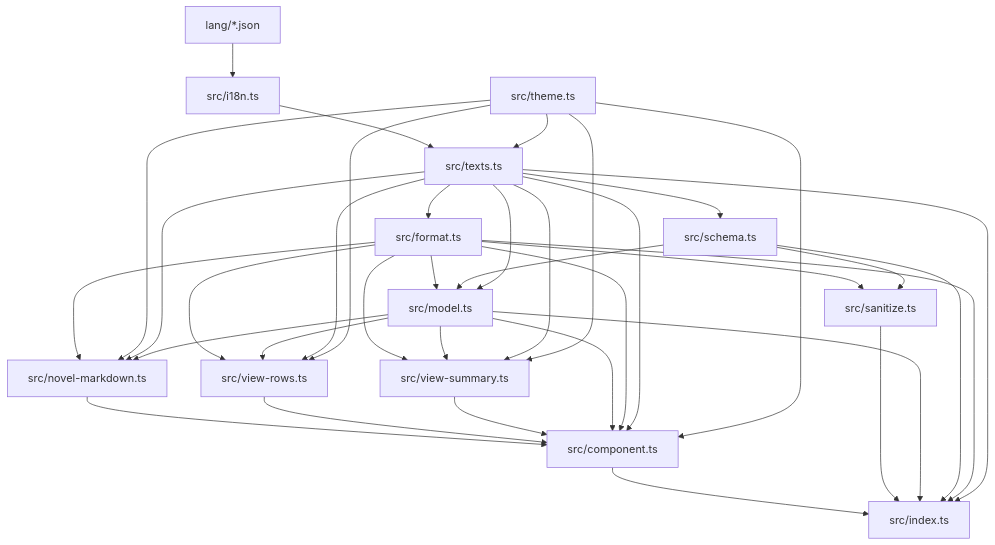
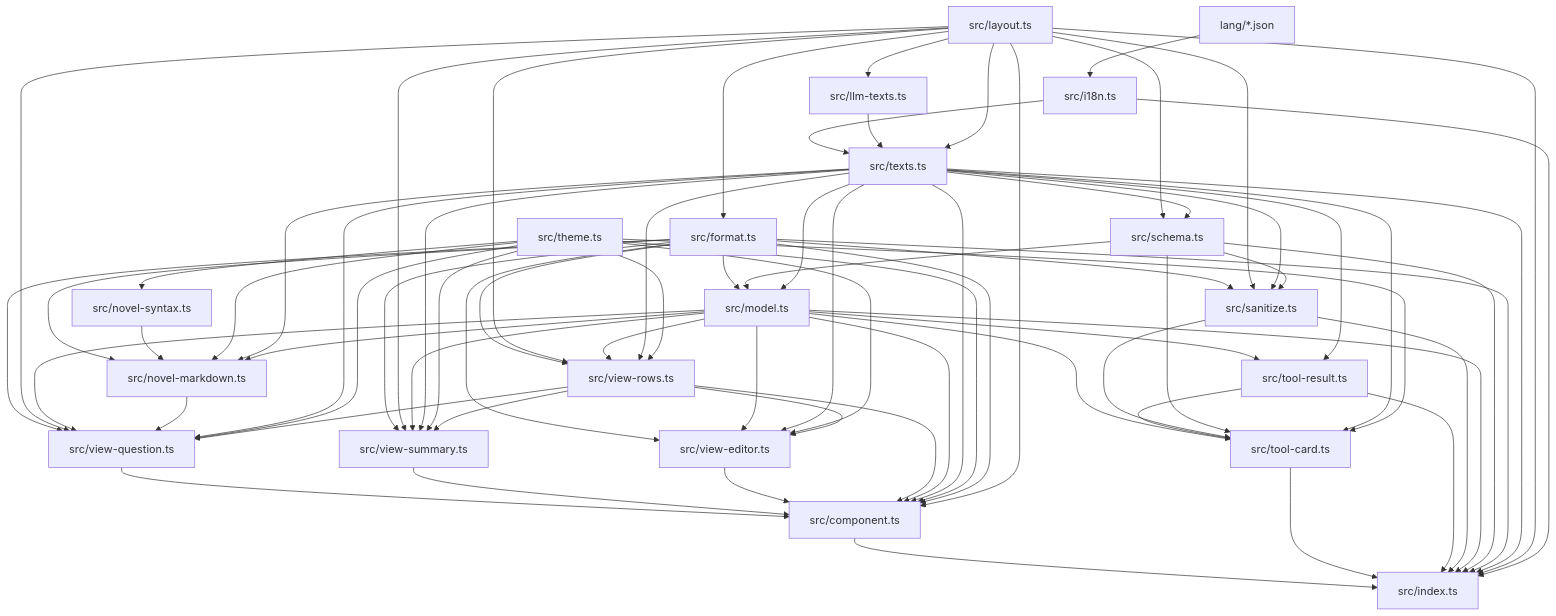
One commit to sendevia/pi-ask-author changed the diagram in AGENTS.md. Above: the diagram before and after it, drawn with Mermaid. The commit also changed other lines of this file and 19 other files, not shown here.

````diff
--- a/AGENTS.md
+++ b/AGENTS.md
@@ -99,38 +106,74 @@
 ```mermaid
 graph TD
     lang["lang/*.json"] --> i18n["src/i18n.ts"]
+    layout["src/layout.ts"] --> llm["src/llm-texts.ts"]
     i18n --> texts["src/texts.ts"]
-    theme["src/theme.ts"] --> texts
-    texts --> format["src/format.ts"]
-    texts --> schema["src/schema.ts"]
+    llm --> texts
+    layout --> texts
+    theme["src/theme.ts"] --> novelSyntax["src/novel-syntax.ts"]
+    layout --> format["src/format.ts"]
     format --> sanitize["src/sanitize.ts"]
+    layout --> sanitize
+    texts --> sanitize
+    layout --> schema["src/schema.ts"]
+    texts --> schema
     schema --> sanitize
     format --> model["src/model.ts"]
     schema --> model
     texts --> model
     format --> novelMarkdown["src/novel-markdown.ts"]
+    novelSyntax --> novelMarkdown
     theme --> novelMarkdown
     texts --> novelMarkdown
     model --> novelMarkdown
     format --> viewRows["src/view-rows.ts"]
+    layout --> viewRows
     model --> viewRows
     texts --> viewRows
     theme --> viewRows
     format --> viewSummary["src/view-summary.ts"]
+    layout --> viewSummary
     model --> viewSummary
     texts --> viewSummary
     theme --> viewSummary
-    novelMarkdown --> component["src/component.ts"]
+    viewRows --> viewSummary
+    format --> viewQuestion["src/view-question.ts"]
+    layout --> viewQuestion
+    model --> viewQuestion
+    novelMarkdown --> viewQuestion
+    texts --> viewQuestion
+    theme --> viewQuestion
+    viewRows --> viewQuestion
+    format --> viewEditor["src/view-editor.ts"]
+    model --> viewEditor
+    texts --> viewEditor
+    theme --> viewEditor
+    viewRows --> viewEditor
+    viewQuestion --> component["src/component.ts"]
+    viewSummary --> component
+    viewEditor --> component
     viewRows --> component
-    viewSummary --> component
     model --> component
-    format --> component
     texts --> component
     theme --> component
+    format --> component
+    layout --> component
+    model --> toolResult["src/tool-result.ts"]
+    model --> toolCard["src/tool-card.ts"]
+    texts --> toolResult
+    toolResult --> toolCard["src/tool-card.ts"]
+    sanitize --> toolCard
+    schema --> toolCard
+    texts --> toolCard
+    theme --> toolCard
     component --> index["src/index.ts"]
+    toolCard --> index
+    toolResult --> index
     sanitize --> index
     model --> index
     schema --> index
     format --> index
     texts --> index
+    layout --> index
+    i18n --> index
 ```
````
